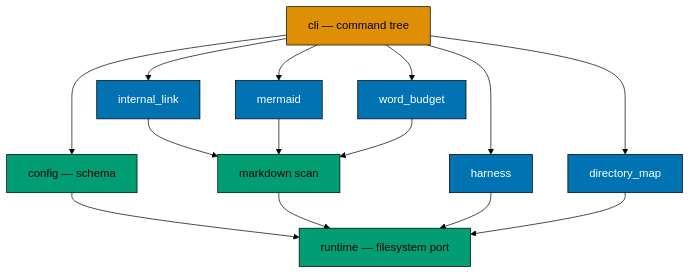
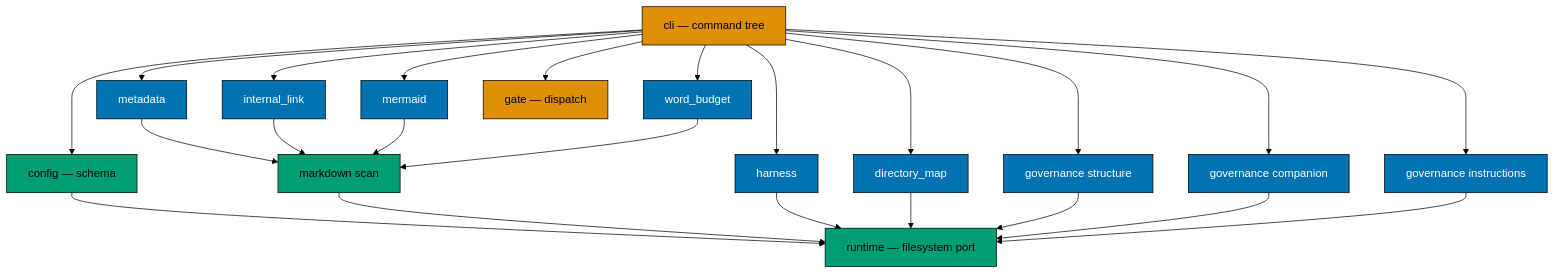
One commit to wahidyankf/rhino changed the third of 3 diagrams in specs/architecture.md. Above: the diagram before and after it, drawn with Mermaid (forest theme). The commit also changed other lines of this file and 19 other files, not shown here.

````diff
--- a/specs/architecture.md
+++ b/specs/architecture.md
@@ -66,34 +66,49 @@
 ```mermaid
 graph TD
     Cli["cli — command tree"]
     Runtime["runtime — filesystem port"]
     ConfigMod["config — schema"]
     Scan["markdown scan"]
     Link["internal_link"]
     Mermaid["mermaid"]
     Word["word_budget"]
     Map["directory_map"]
     Harness["harness"]
+    Metadata["metadata"]
+    Gate["gate — dispatch"]
+    Structure["governance structure"]
+    Companion["governance companion"]
+    Instructions["governance instructions"]
 
     Cli --> ConfigMod
     Cli --> Link
     Cli --> Mermaid
     Cli --> Word
     Cli --> Map
     Cli --> Harness
+    Cli --> Metadata
+    Cli --> Gate
+    Cli --> Structure
+    Cli --> Companion
+    Cli --> Instructions
     ConfigMod --> Runtime
     Scan --> Runtime
     Harness --> Runtime
     Map --> Runtime
+    Metadata --> Scan
+    Structure --> Runtime
+    Companion --> Runtime
+    Instructions --> Runtime
     Link --> Scan
     Mermaid --> Scan
     Word --> Scan
 
     classDef entry fill:#DE8F05,stroke:#000000,color:#000000
     classDef check fill:#0173B2,stroke:#000000,color:#FFFFFF
     classDef shared fill:#029E73,stroke:#000000,color:#000000
 
     class Cli entry
-    class Link,Mermaid,Word,Map,Harness check
+    class Link,Mermaid,Word,Map,Harness,Metadata,Structure,Companion,Instructions check
+    class Gate entry
     class ConfigMod,Runtime,Scan shared
 ```
````
